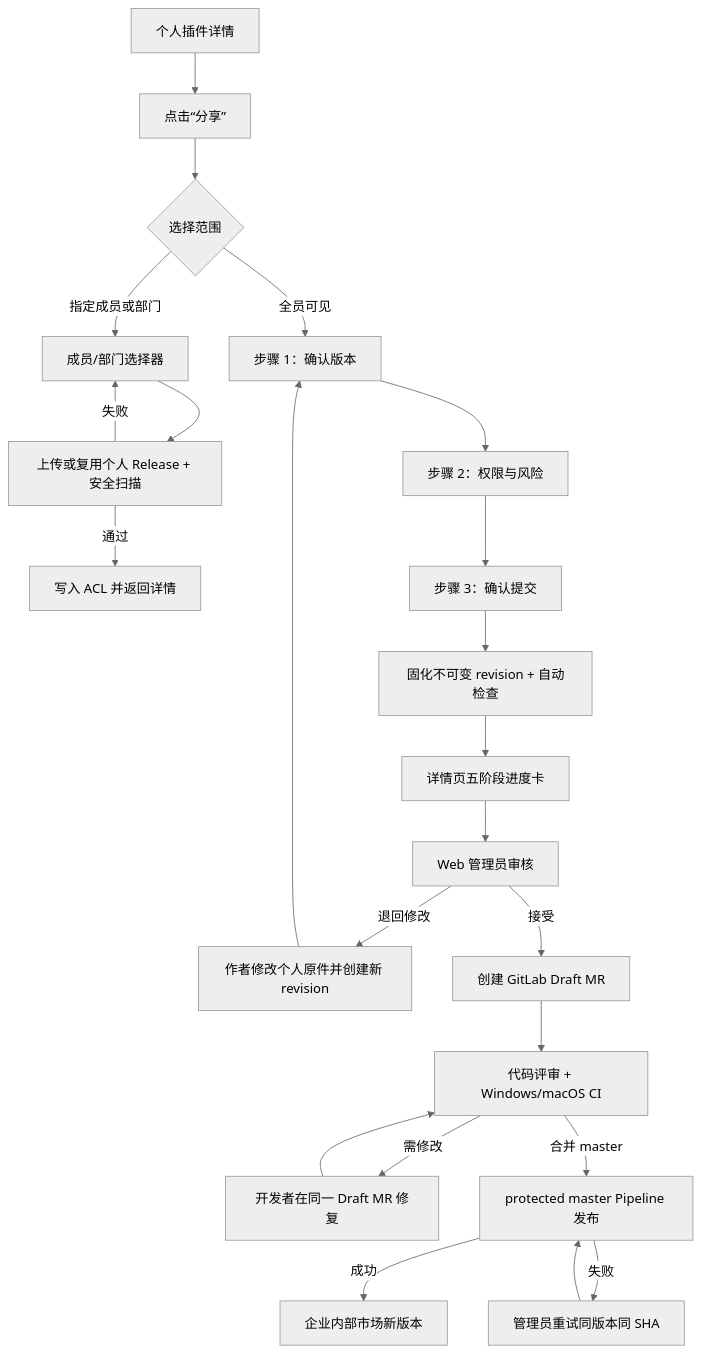
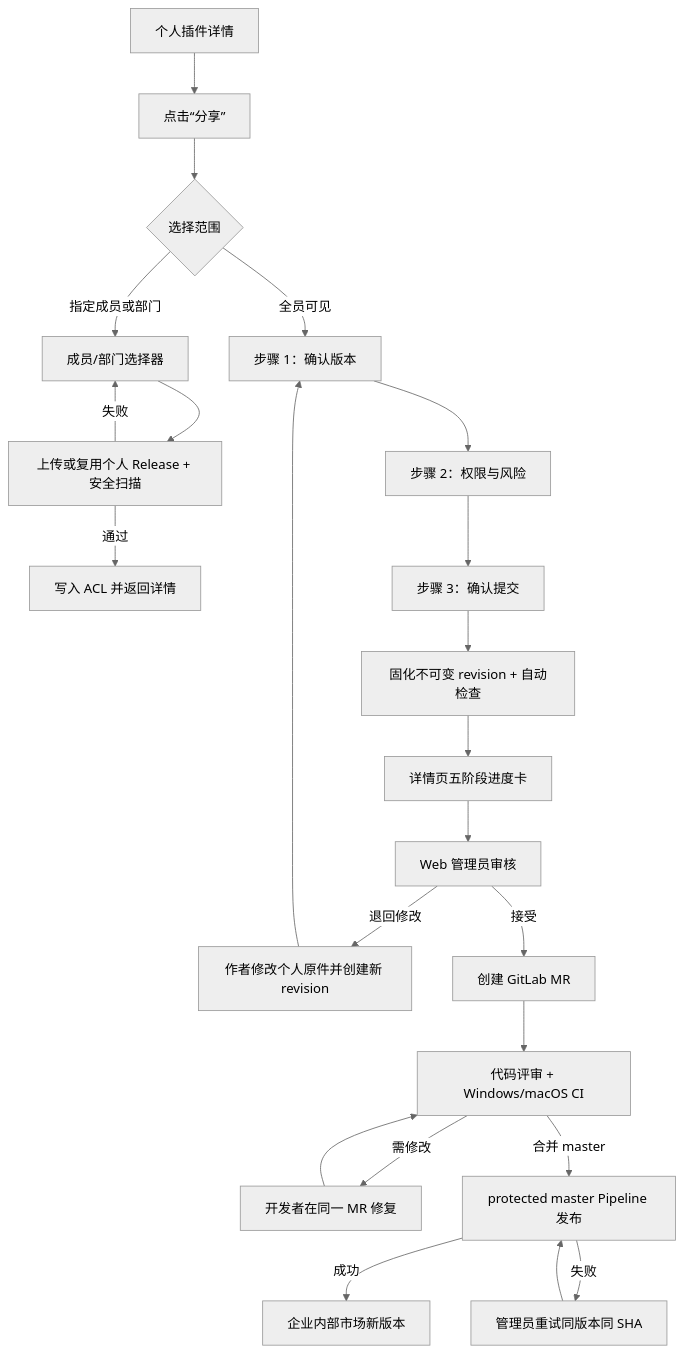
Before and after one commit to wecode-ai/Wegent: the diagram in docs/zh/wework/developer-guide/feature-wework-plugin-publication-design.md, drawn with Mermaid (neutral theme). The commit also changed other lines of this file and 77 other files, not shown here.

````diff
--- a/docs/zh/wework/developer-guide/feature-wework-plugin-publication-design.md
+++ b/docs/zh/wework/developer-guide/feature-wework-plugin-publication-design.md
@@ -66,25 +66,25 @@
 ```mermaid
 flowchart TD
   A[个人插件详情] --> B[点击“分享”]
   B --> C{选择范围}
   C -->|指定成员或部门| D[成员/部门选择器]
   D --> E[上传或复用个人 Release + 安全扫描]
   E -->|通过| F[写入 ACL 并返回详情]
   E -->|失败| D
   C -->|全员可见| G[步骤 1：确认版本]
   G --> H[步骤 2：权限与风险]
   H --> I[步骤 3：确认提交]
   I --> J[固化不可变 revision + 自动检查]
   J --> K[详情页五阶段进度卡]
   K --> L[Web 管理员审核]
   L -->|退回修改| M[作者修改个人原件并创建新 revision]
   M --> G
-  L -->|接受| N[创建 GitLab Draft MR]
+  L -->|接受| N[创建 GitLab MR]
   N --> O[代码评审 + Windows/macOS CI]
-  O -->|需修改| O1[开发者在同一 Draft MR 修复]
+  O -->|需修改| O1[开发者在同一 MR 修复]
   O1 --> O
   O -->|合并 master| P[protected master Pipeline 发布]
   P -->|成功| Q[企业内部市场新版本]
   P -->|失败| R[管理员重试同版本同 SHA]
   R --> P
 ```
````
